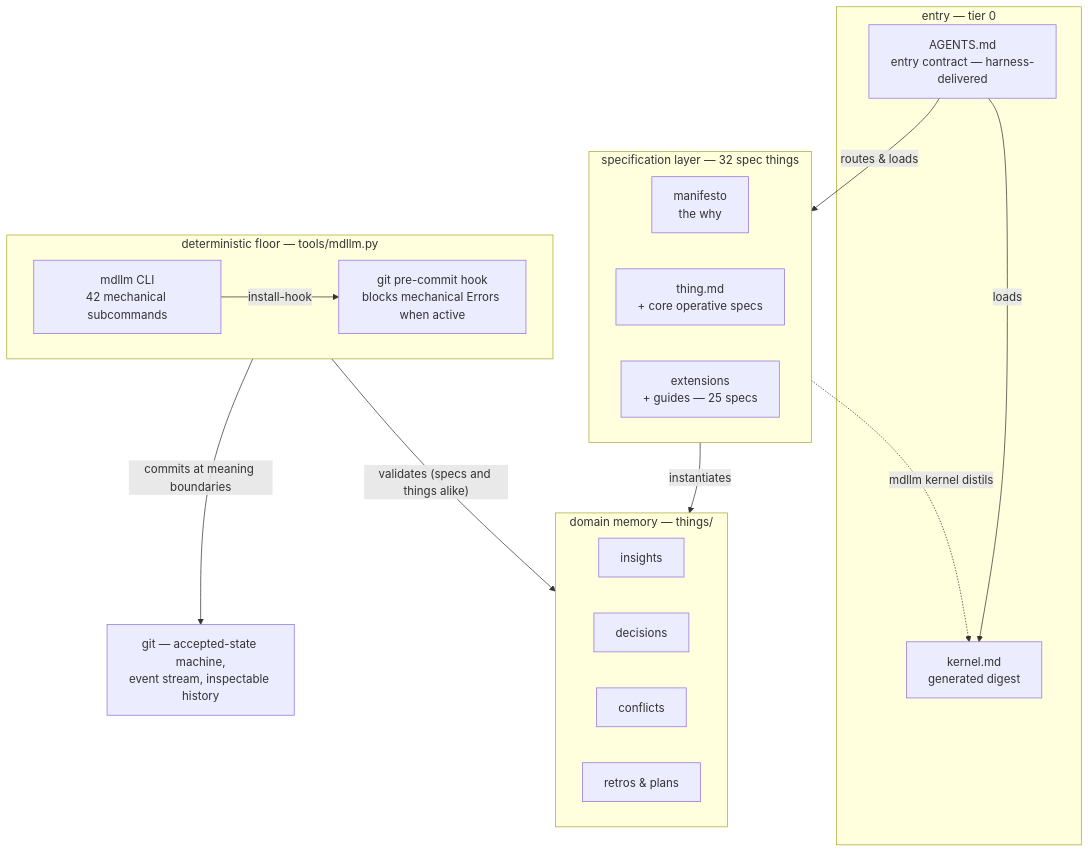
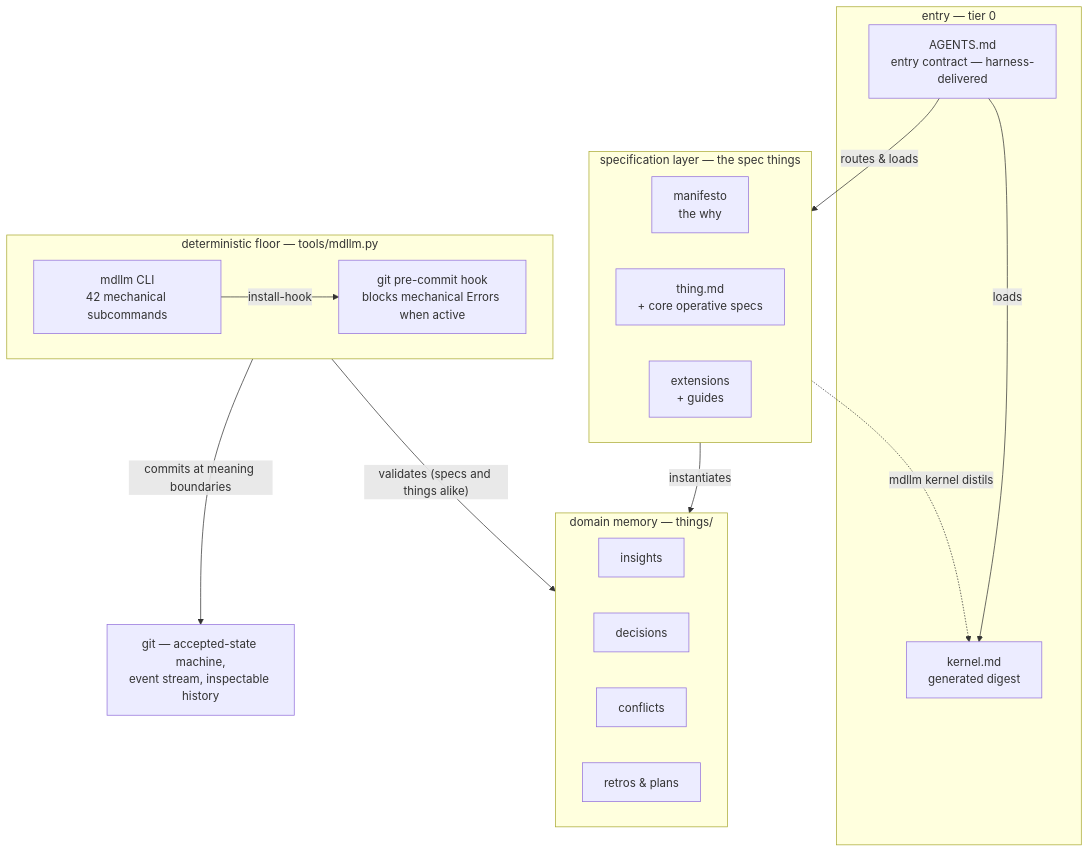
One commit to JanoshMoshiri/MarkdownLLM changed the first of 5 diagrams in docs/framework-map.md. Above: the diagram before and after it, drawn with Mermaid. The commit also changed other lines of this file and 30 other files, not shown here.

````diff
--- a/docs/framework-map.md
+++ b/docs/framework-map.md
@@ -63,49 +63,49 @@
 ```mermaid
 flowchart TD
     accTitle: View 1 - the five bands of the framework, read top-down as a session's life
     accDescr {
         Five stacked bands. The entry band, tier 0, holds AGENTS.md as the
         harness-delivered entry contract and kernel.md as a generated digest. Below
-        it the specification layer holds 34 spec things: the manifesto for the
-        why, thing.md with the core operative specs, and 27 extension and guide
+        it the specification layer holds the spec things: the manifesto for the
+        why, thing.md with the core operative specs, and the extension and guide
         specs. Below that, domain memory in the things directory holds insights,
         decisions, conflicts, retrospectives and plans. Below that, the
         deterministic floor is tools/mdllm.py, providing the mdllm CLI with 42
         mechanical subcommands and a git pre-commit hook that, when current and
         runnable, blocks commits with mechanical Errors. At the base, git is
         the accepted-state machine, event stream and inspectable audit aid.
         The edges run as follows. AGENTS.md loads the kernel and routes
         to the specs. The specs distil back up into the kernel via mdllm
         kernel, which is why that one edge points upward. The specs instantiate
         domain memory. The CLI installs the hook. The floor validates memory,
         specs and things alike, and commits at meaning boundaries into git.
     }
     subgraph entry ["entry — tier 0"]
         AGENTS["AGENTS.md<br/>entry contract — harness-delivered"]
         KERNEL["kernel.md<br/>generated digest"]
     end
-    subgraph specs ["specification layer — 32 spec things"]
+    subgraph specs ["specification layer — the spec things"]
         MANIFESTO["manifesto<br/>the why"]
         THING["thing.md<br/>+ core operative specs"]
-        EXT["extensions<br/>+ guides — 25 specs"]
+        EXT["extensions<br/>+ guides"]
     end
     subgraph memory ["domain memory — things/"]
         INSIGHTS["insights"]
         DECISIONS["decisions"]
         CONFLICTS["conflicts"]
         RETROS["retros & plans"]
     end
     subgraph floor ["deterministic floor — tools/mdllm.py"]
         MDLLM["mdllm CLI<br/>42 mechanical subcommands"]
         HOOK["git pre-commit hook<br/>blocks mechanical Errors when active"]
     end
     GIT["git — accepted-state machine,<br/>event stream, inspectable history"]
 
     AGENTS -->|loads| KERNEL
     AGENTS -->|routes & loads| specs
     specs -.->|"mdllm kernel distils"| KERNEL
     specs -->|instantiates| memory
     MDLLM -->|install-hook| HOOK
     floor -->|"validates (specs and things alike)"| memory
     floor -->|commits at meaning boundaries| GIT
 ```
````
